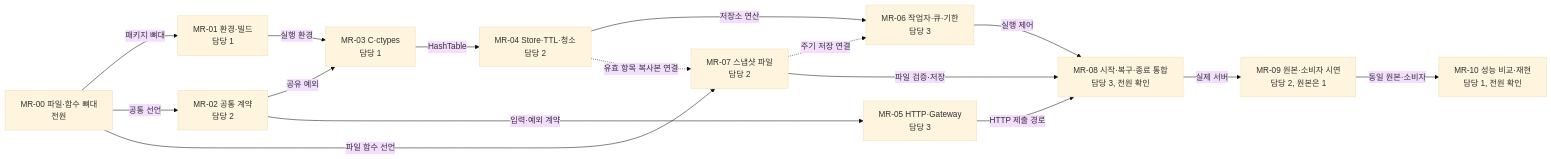
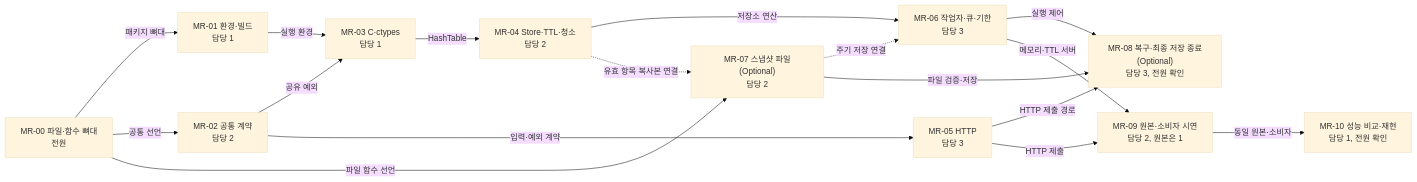
Before and after one commit to NARi3040/KJG-SW-AI-W11-Redis: the diagram in docs/issues.md, drawn with Mermaid (base theme). The commit also changed other lines of this file and 5 other files, not shown here.

````diff
--- a/docs/issues.md
+++ b/docs/issues.md
@@ -23,30 +25,31 @@
 ```mermaid
 flowchart LR
     MR00["MR-00 파일·함수 뼈대<br/>전원"]
     MR01["MR-01 환경·빌드<br/>담당 1"]
     MR02["MR-02 공통 계약<br/>담당 2"]
     MR03["MR-03 C·ctypes<br/>담당 1"]
     MR04["MR-04 Store·TTL·청소<br/>담당 2"]
-    MR05["MR-05 HTTP·Gateway<br/>담당 3"]
+    MR05["MR-05 HTTP<br/>담당 3"]
     MR06["MR-06 작업자·큐·기한<br/>담당 3"]
-    MR07["MR-07 스냅샷 파일<br/>담당 2"]
-    MR08["MR-08 시작·복구·종료 통합<br/>담당 3, 전원 확인"]
+    MR07["MR-07 스냅샷 파일(Optional)<br/>담당 2"]
+    MR08["MR-08 복구·최종 저장 종료(Optional)<br/>담당 3, 전원 확인"]
     MR09["MR-09 원본·소비자 시연<br/>담당 2, 원본은 1"]
     MR10["MR-10 성능 비교·재현<br/>담당 1, 전원 확인"]
 
     MR00 -->|패키지 뼈대| MR01
     MR00 -->|공통 선언| MR02
     MR00 -->|파일 함수 선언| MR07
     MR01 -->|실행 환경| MR03
     MR02 -->|공유 예외| MR03
     MR03 -->|HashTable| MR04
     MR02 -->|입력·예외 계약| MR05
     MR04 -->|저장소 연산| MR06
     MR04 -.->|유효 항목 복사본 연결| MR07
     MR07 -.->|주기 저장 연결| MR06
     MR05 -->|HTTP 제출 경로| MR08
     MR06 -->|실행 제어| MR08
     MR07 -->|파일 검증·저장| MR08
-    MR08 -->|실제 서버| MR09
+    MR05 -->|HTTP 제출| MR09
+    MR06 -->|메모리·TTL 서버| MR09
     MR09 -->|동일 원본·소비자| MR10
 ```
````
